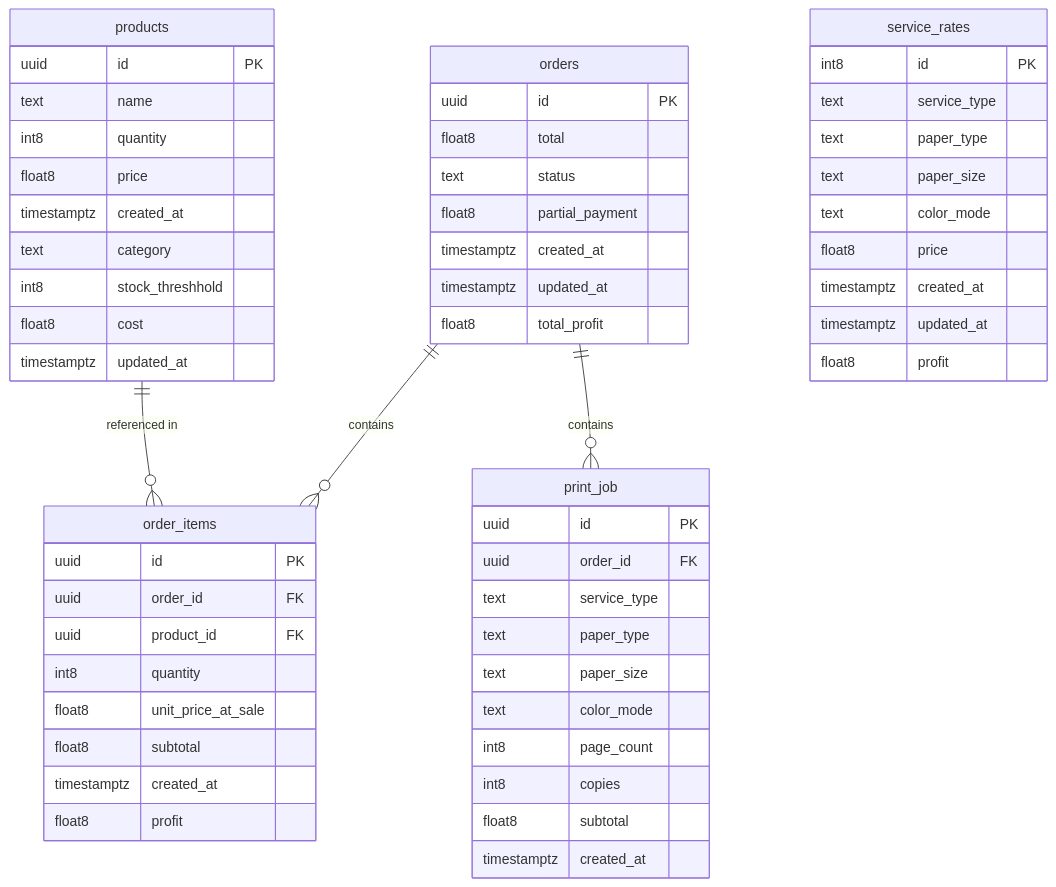
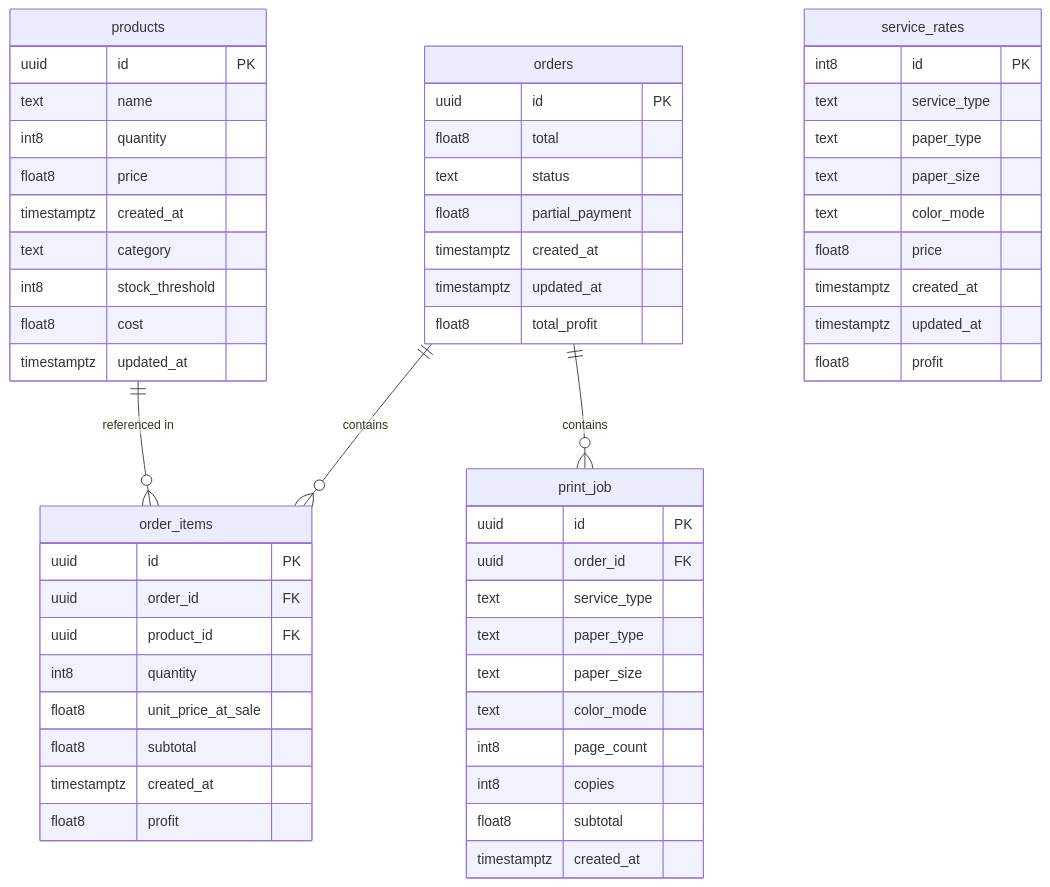
The diagram in docs/database.md (jamir4270/auj-store), drawn with Mermaid before and after one commit. The commit also changed other lines of this file and 4 other files, not shown here.

First line of the commit message:
docs: update schema documentation and resolve phase 8 follow-up checklist

````diff
--- a/docs/database.md
+++ b/docs/database.md
@@ -19,64 +19,64 @@
 ```mermaid
 erDiagram
     orders ||--o{ order_items : "contains"
     orders ||--o{ print_job : "contains"
     products ||--o{ order_items : "referenced in"
 
     orders {
         uuid id PK
         float8 total
         text status
         float8 partial_payment
         timestamptz created_at
         timestamptz updated_at
         float8 total_profit
     }
 
     order_items {
         uuid id PK
         uuid order_id FK
         uuid product_id FK
         int8 quantity
         float8 unit_price_at_sale
         float8 subtotal
         timestamptz created_at
         float8 profit
     }
 
     products {
         uuid id PK
         text name
         int8 quantity
         float8 price
         timestamptz created_at
         text category
-        int8 stock_threshhold
+        int8 stock_threshold
         float8 cost
         timestamptz updated_at
     }
 
     print_job {
         uuid id PK
         uuid order_id FK
         text service_type
         text paper_type
         text paper_size
         text color_mode
         int8 page_count
         int8 copies
         float8 subtotal
         timestamptz created_at
     }
 
     service_rates {
         int8 id PK
         text service_type
         text paper_type
         text paper_size
         text color_mode
         float8 price
         timestamptz created_at
         timestamptz updated_at
         float8 profit
     }
 ```
````
